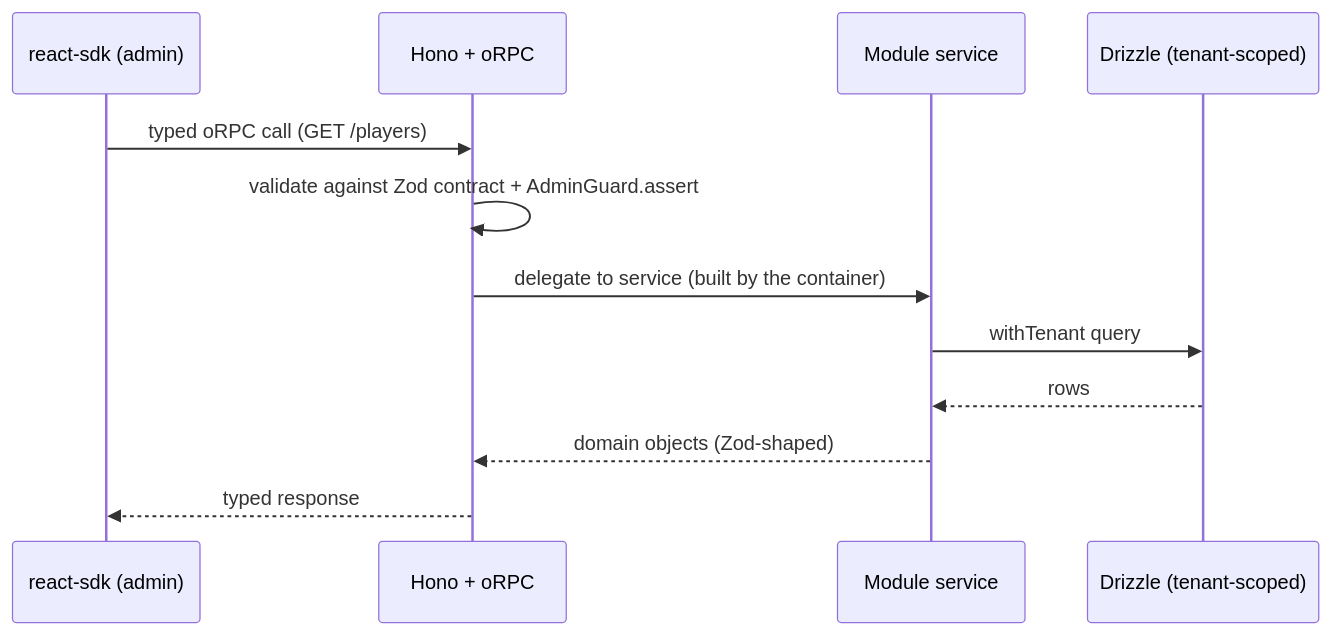
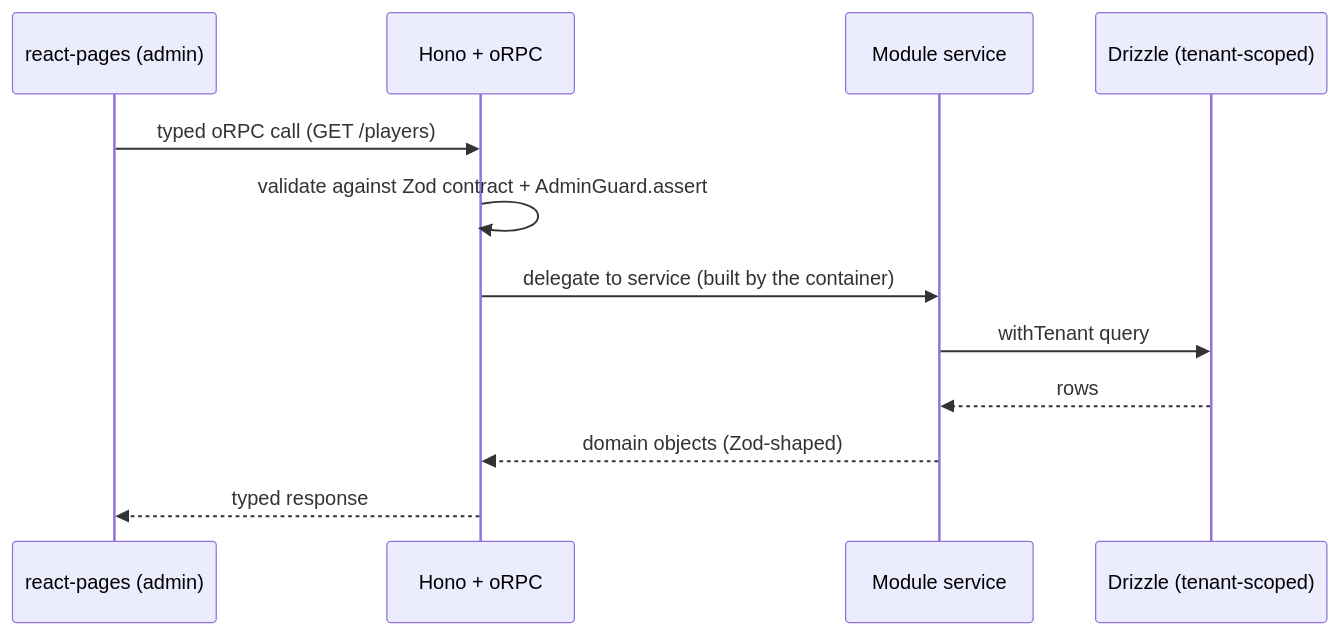
The second of 2 diagrams in docs/architecture.md (blurifycom/openora), drawn with Mermaid before and after one commit. The commit also changed other lines of this file and 12 other files, not shown here.

First line of the commit message:
docs: update AGENTS / glossary / architecture / quickstart / PRD / downstream-consumer for the layered SDK

````diff
--- a/docs/architecture.md
+++ b/docs/architecture.md
@@ -141,15 +151,15 @@
 ```mermaid
 sequenceDiagram
-  participant UI as react-sdk (admin)
+  participant UI as react-pages (admin)
   participant API as Hono + oRPC
   participant Mod as Module service
   participant DB as Drizzle (tenant-scoped)
 
   UI->>API: typed oRPC call (GET /players)
   API->>API: validate against Zod contract + AdminGuard.assert
   API->>Mod: delegate to service (built by the container)
   Mod->>DB: withTenant query
   DB-->>Mod: rows
   Mod-->>API: domain objects (Zod-shaped)
   API-->>UI: typed response
 ```
````
